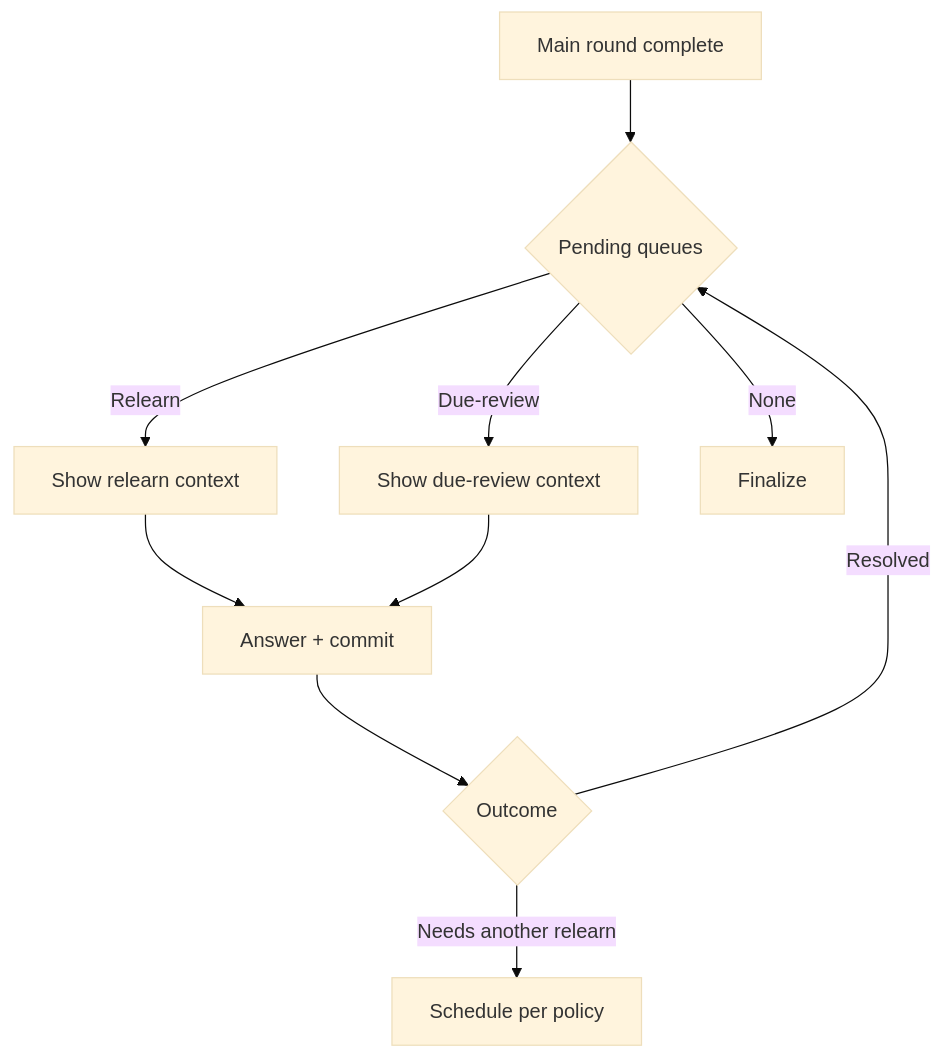
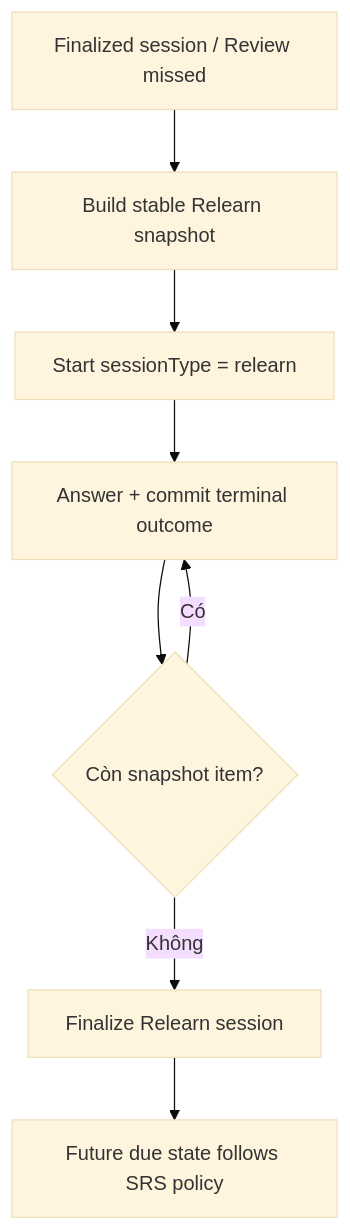
One commit to ntgptit/memox-v6 changed the diagram in docs/business/study-session/relearn-cards.md. Above: the diagram before and after it, drawn with Mermaid (base theme). The commit also changed other lines of this file and 124 other files, not shown here.

````diff
--- a/docs/business/study-session/relearn-cards.md
+++ b/docs/business/study-session/relearn-cards.md
@@ -26,12 +26,10 @@
 ```mermaid
 flowchart TD
-    A["Main round complete"] --> B{"Pending queues"}
-    B -- "Relearn" --> C["Show relearn context"]
-    B -- "Due-review" --> D["Show due-review context"]
-    B -- "None" --> E["Finalize"]
-    C --> F["Answer + commit"]
-    D --> F
-    F --> G{"Outcome"}
-    G -- "Needs another relearn" --> H["Schedule per policy"]
-    G -- "Resolved" --> B
+    A["Finalized session / Review missed"] --> B["Build stable Relearn snapshot"]
+    B --> C["Start sessionType = relearn"]
+    C --> D["Answer + commit terminal outcome"]
+    D --> E{"Còn snapshot item?"}
+    E -- "Có" --> D
+    E -- "Không" --> F["Finalize Relearn session"]
+    F --> G["Future due state follows SRS policy"]
 ```
````
